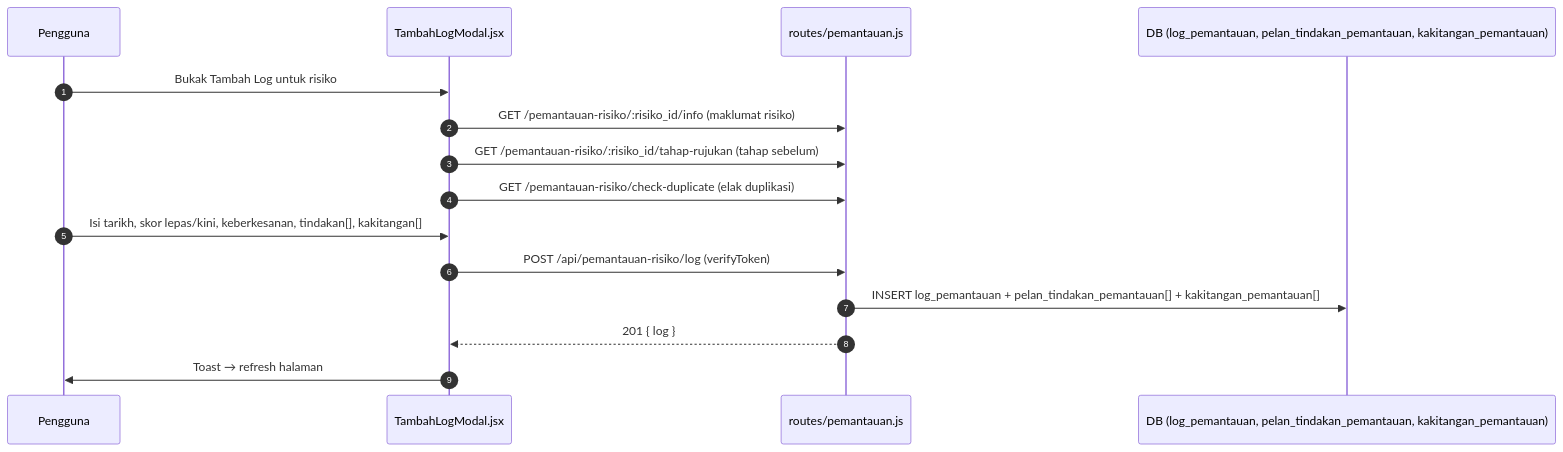
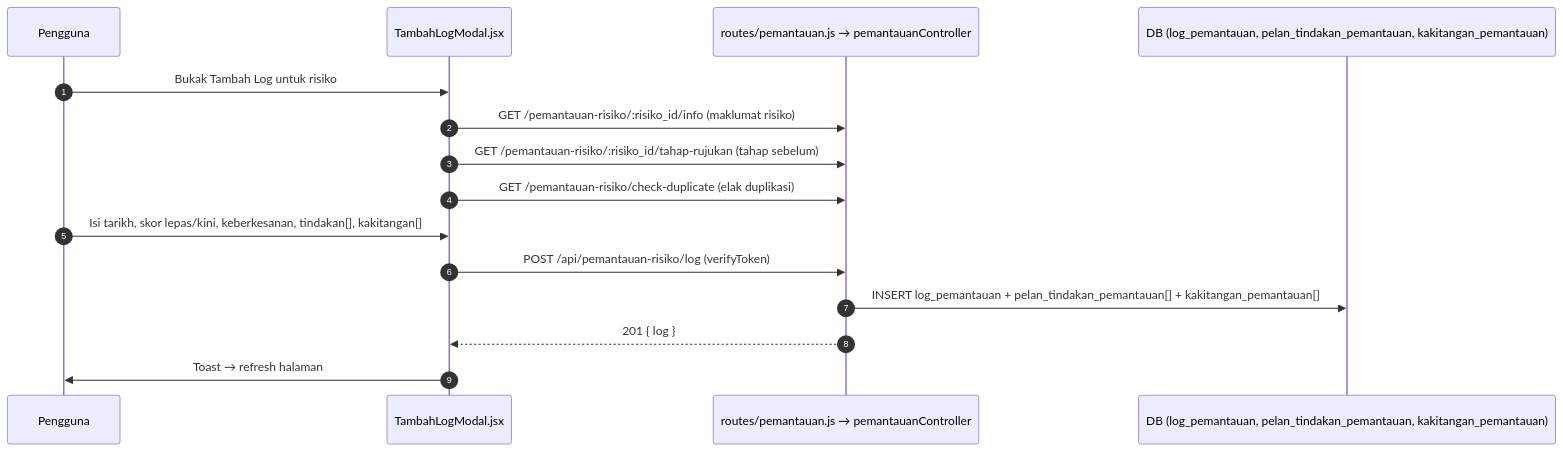
The diagram in docs/pipeline/04-pemantauan.md (aimaniss/RiskManagementSystem), drawn with Mermaid before and after one commit. The commit also changed other lines of this file and 35 other files, not shown here.

````diff
--- a/docs/pipeline/04-pemantauan.md
+++ b/docs/pipeline/04-pemantauan.md
@@ -10,18 +10,18 @@
 ```mermaid
 sequenceDiagram
   autonumber
   participant U as Pengguna
   participant P as TambahLogModal.jsx
-  participant B as routes/pemantauan.js
+  participant B as routes/pemantauan.js → pemantauanController
   participant DB as DB (log_pemantauan, pelan_tindakan_pemantauan, kakitangan_pemantauan)
 
   U->>P: Bukak Tambah Log untuk risiko
   P->>B: GET /pemantauan-risiko/:risiko_id/info (maklumat risiko)
   P->>B: GET /pemantauan-risiko/:risiko_id/tahap-rujukan (tahap sebelum)
   P->>B: GET /pemantauan-risiko/check-duplicate (elak duplikasi)
   U->>P: Isi tarikh, skor lepas/kini, keberkesanan, tindakan[], kakitangan[]
   P->>B: POST /api/pemantauan-risiko/log (verifyToken)
   B->>DB: INSERT log_pemantauan + pelan_tindakan_pemantauan[] + kakitangan_pemantauan[]
   B-->>P: 201 { log }
   P->>U: Toast → refresh halaman
 ```
````
